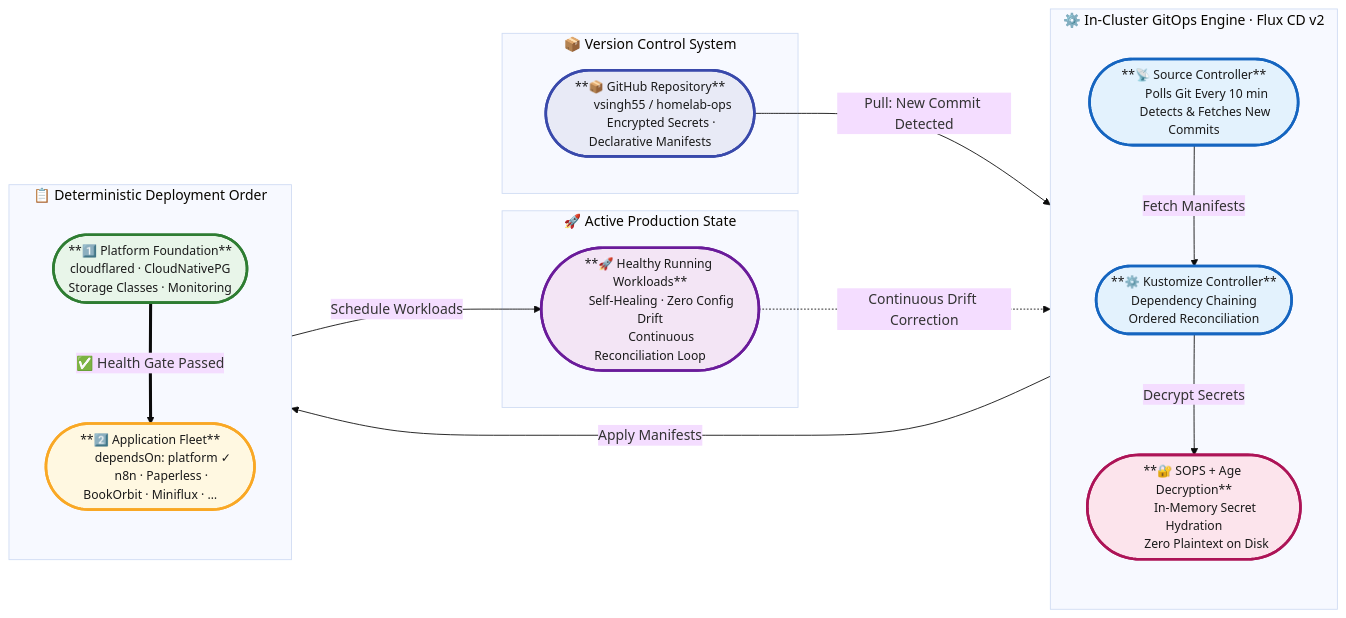
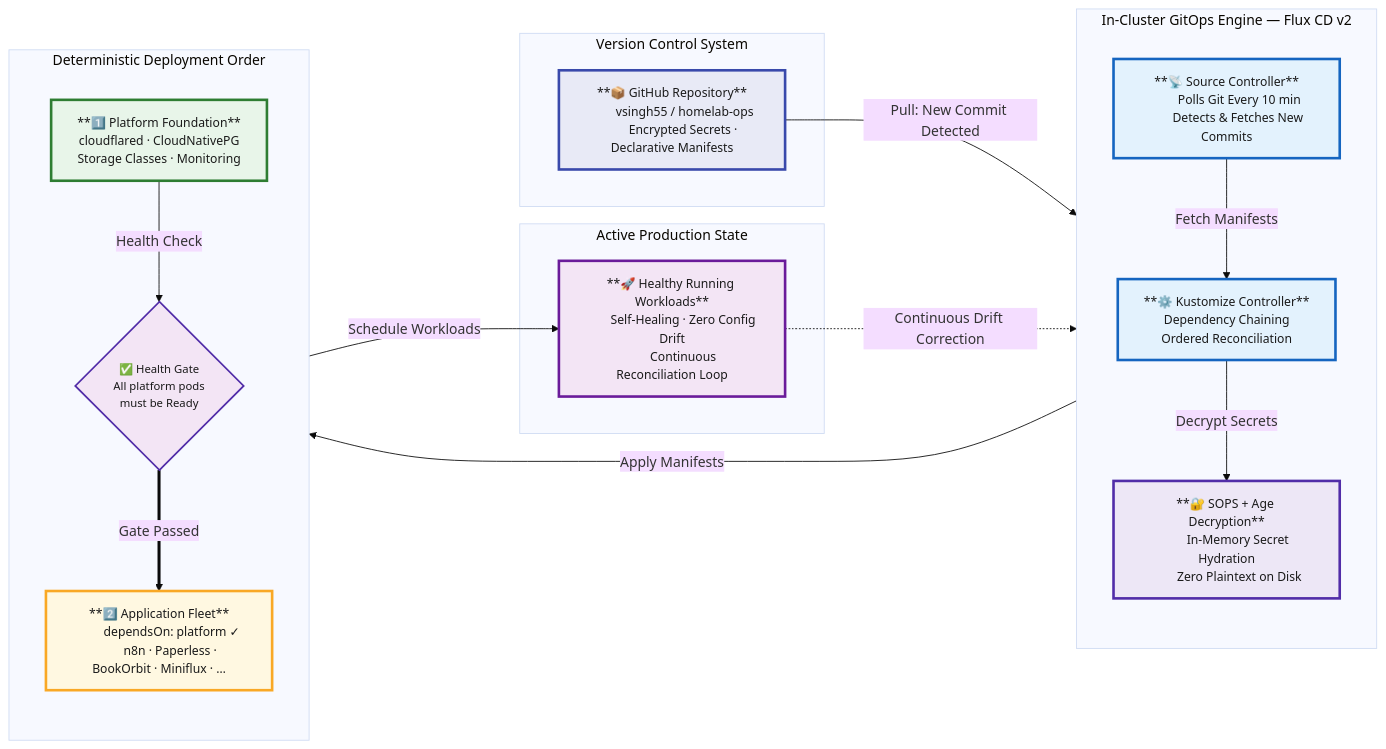
The third of 4 diagrams in README.md (vsingh55/homelab-ops), drawn with Mermaid before and after one commit. The commit also changed other lines of this file, not shown here.

Commit message:
updated README flowcharts

````diff
--- a/README.md
+++ b/README.md
@@ -207,66 +221,78 @@
 ```mermaid
 %%{init: {'theme': 'base', 'themeVariables': {'fontSize': '16px', 'fontFamily': 'Inter, Segoe UI, sans-serif'}, 'flowchart': {'curve': 'basis', 'nodeSpacing': 65, 'rankSpacing': 90}}}%%
 flowchart LR
 
-    %% ── STYLE DEFINITIONS ─────────────────────────────────────────
+    %% ── GLOBAL COLOUR SYSTEM (mirrors Diagram 1 & 2) ────────────
+    %% VCS / source       → indigo-blue
+    %% GitOps controllers → blue
+    %% SOPS / crypto      → purple  ← distinct security signal
+    %% platform stage     → green
+    %% apps stage         → amber-yellow
+    %% live state         → purple-infra (same as on-prem)
     classDef vcsStyle      fill:#E8EAF6,stroke:#3949AB,stroke-width:3px,color:#1A1A1A,font-size:14px;
     classDef controlStyle  fill:#E3F2FD,stroke:#1565C0,stroke-width:3px,color:#1A1A1A,font-size:14px;
-    classDef secretStyle   fill:#FCE4EC,stroke:#AD1457,stroke-width:3px,color:#1A1A1A,font-size:14px;
+    classDef secretStyle   fill:#EDE7F6,stroke:#512DA8,stroke-width:3px,color:#1A1A1A,font-size:14px;
+    classDef gateStyle     fill:#F3E5F5,stroke:#512DA8,stroke-width:2px,color:#1A1A1A,font-size:13px;
     classDef platformStyle fill:#E8F5E9,stroke:#2E7D32,stroke-width:3px,color:#1A1A1A,font-size:14px;
     classDef appsStyle     fill:#FFF8E1,stroke:#F9A825,stroke-width:3px,color:#1A1A1A,font-size:14px;
     classDef liveStyle     fill:#F3E5F5,stroke:#6A1B9A,stroke-width:3px,color:#1A1A1A,font-size:14px;
 
     %% ── SOURCE OF TRUTH ──────────────────────────────────────────
-    subgraph VCS["📦  Version Control System"]
-        GitRepo(["**📦 GitHub Repository**
+    subgraph VCS["Version Control System"]
+        GitRepo["**📦 GitHub Repository**
         vsingh55 / homelab-ops
-        Encrypted Secrets · Declarative Manifests"])
+        Encrypted Secrets · Declarative Manifests"]
     end
     class GitRepo vcsStyle;
 
     %% ── IN-CLUSTER GITOPS ENGINE ─────────────────────────────────
-    subgraph ClusterGitOps["⚙️  In-Cluster GitOps Engine · Flux CD v2"]
+    subgraph ClusterGitOps["In-Cluster GitOps Engine — Flux CD v2"]
         direction TB
-        SourceCtrl(["**📡 Source Controller**
+        SourceCtrl["**📡 Source Controller**
         Polls Git Every 10 min
-        Detects & Fetches New Commits"])
-        KustCtrl(["**⚙️ Kustomize Controller**
+        Detects & Fetches New Commits"]
+        KustCtrl["**⚙️ Kustomize Controller**
         Dependency Chaining
-        Ordered Reconciliation"])
-        SOPS(["**🔐 SOPS + Age Decryption**
+        Ordered Reconciliation"]
+        SOPS["**🔐 SOPS + Age Decryption**
         In-Memory Secret Hydration
-        Zero Plaintext on Disk"])
+        Zero Plaintext on Disk"]
     end
     class SourceCtrl,KustCtrl controlStyle;
     class SOPS secretStyle;
 
     %% ── DEPLOYMENT STAGES ────────────────────────────────────────
-    subgraph DeploymentStages["📋  Deterministic Deployment Order"]
+    subgraph DeploymentStages["Deterministic Deployment Order"]
         direction TB
-        StagePlatform(["**1️⃣ Platform Foundation**
+        StagePlatform["**1️⃣ Platform Foundation**
         cloudflared · CloudNativePG
-        Storage Classes · Monitoring"])
-        StageApps(["**2️⃣ Application Fleet**
+        Storage Classes · Monitoring"]
+        HealthGate{"✅ Health Gate
+        All platform pods
+        must be Ready"}
+        StageApps["**2️⃣ Application Fleet**
         dependsOn: platform ✓
-        n8n · Paperless · BookOrbit · Miniflux · …"])
+        n8n · Paperless · BookOrbit · Miniflux · …"]
     end
     class StagePlatform platformStyle;
+    class HealthGate gateStyle;
     class StageApps appsStyle;
 
     %% ── LIVE CLUSTER STATE ───────────────────────────────────────
-    subgraph ClusterState["🚀  Active Production State"]
-        LivePods(["**🚀 Healthy Running Workloads**
+    subgraph ClusterState["Active Production State"]
+        LivePods["**🚀 Healthy Running Workloads**
         Self-Healing · Zero Config Drift
-        Continuous Reconciliation Loop"])
+        Continuous Reconciliation Loop"]
     end
     class LivePods liveStyle;
 
     %% ── PIPELINE FLOW ────────────────────────────────────────────
-    GitRepo      -- "Pull: New Commit Detected"      --> SourceCtrl
-    SourceCtrl   -- "Fetch Manifests"                --> KustCtrl
-    KustCtrl     -- "Decrypt Secrets"                --> SOPS
-    SOPS         -- "Apply Manifests"                --> StagePlatform
-    StagePlatform ==>|"✅ Health Gate Passed"| StageApps
-    StageApps    -- "Schedule Workloads"             --> LivePods
-    LivePods     -. "Continuous Drift Correction"    .-> KustCtrl
+    GitRepo       -- "Pull: New Commit Detected"   --> SourceCtrl
+    SourceCtrl    -- "Fetch Manifests"             --> KustCtrl
+    KustCtrl      -- "Decrypt Secrets"             --> SOPS
+    SOPS          -- "Apply Manifests"             --> StagePlatform
+    StagePlatform -- "Health Check"                --> HealthGate
+    HealthGate    == "Gate Passed"                 ==> StageApps
+    StageApps     -- "Schedule Workloads"          --> LivePods
+    LivePods      -. "Continuous Drift Correction" .-> KustCtrl
 ```
````
